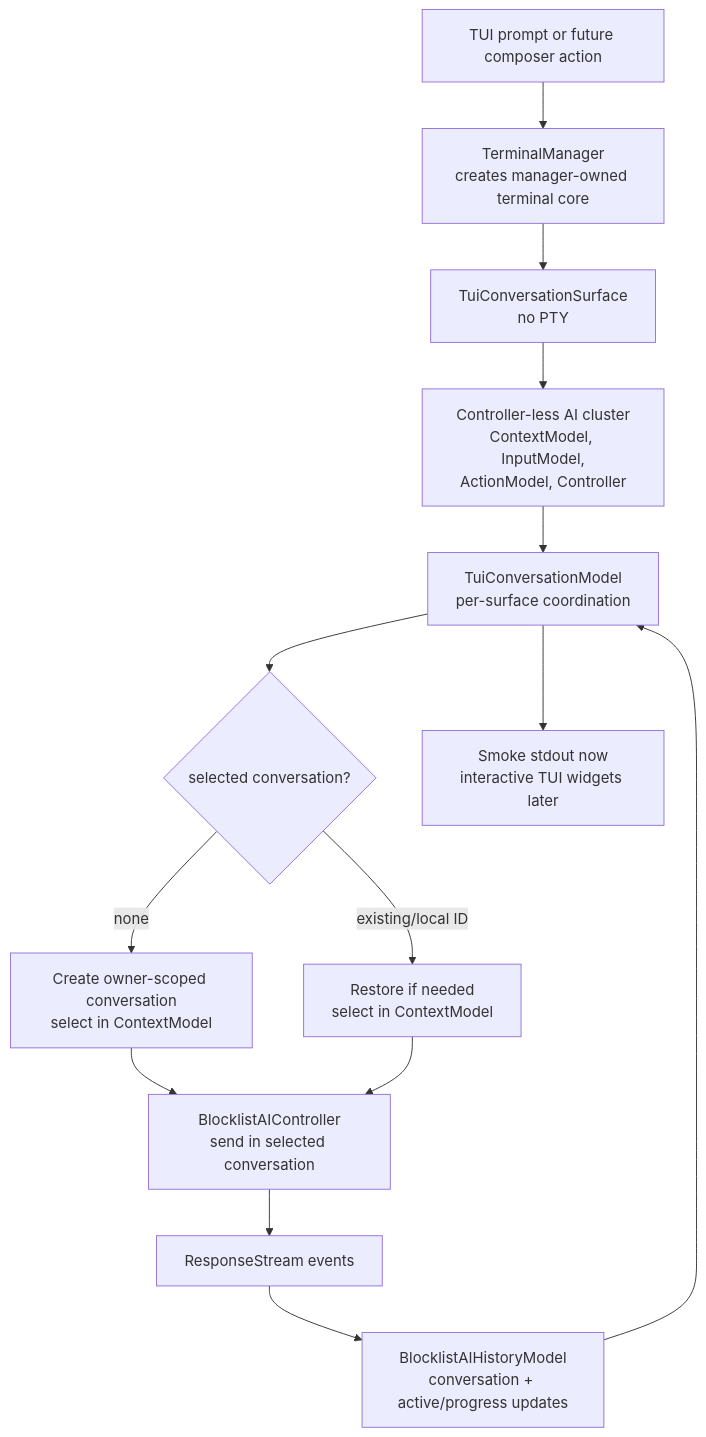
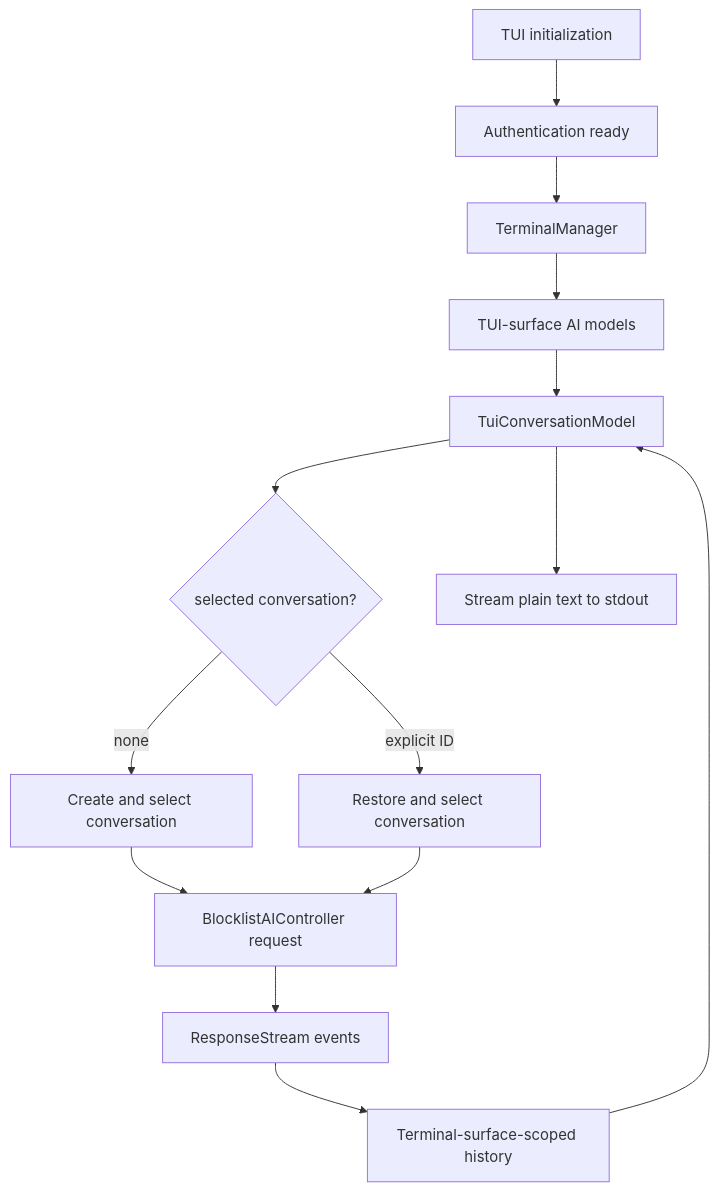
Before and after one commit to Jason-Shen2/warp: the diagram in specs/conversation-streaming-for-tui/TECH.md, drawn with Mermaid. The commit also changed other lines of this file and 53 other files, not shown here.

````diff
--- a/specs/conversation-streaming-for-tui/TECH.md
+++ b/specs/conversation-streaming-for-tui/TECH.md
@@ -50,16 +36,16 @@
 ```mermaid
 flowchart TD
-  Prompt["TUI prompt or future composer action"] --> Manager["TerminalManager<TuiConversationSurface><br/>creates manager-owned terminal core"]
-  Manager --> Surface["TuiConversationSurface<br/>no PTY"]
-  Surface --> Cluster["Controller-less AI cluster<br/>ContextModel, InputModel,<br/>ActionModel, Controller"]
-  Cluster --> Model["TuiConversationModel<br/>per-surface coordination"]
+  Init["TUI initialization"] --> Auth["Authentication ready"]
+  Auth --> Manager["TerminalManager<PromptStreamSurface>"]
+  Manager --> Cluster["TUI-surface AI models"]
+  Cluster --> Model["TuiConversationModel"]
   Model --> Select{"selected conversation?"}
-  Select -->|none| New["Create owner-scoped conversation<br/>select in ContextModel"]
-  Select -->|existing/local ID| Restore["Restore if needed<br/>select in ContextModel"]
-  New --> Send["BlocklistAIController<br/>send in selected conversation"]
+  Select -->|none| New["Create and select conversation"]
+  Select -->|explicit ID| Restore["Restore and select conversation"]
+  New --> Send["BlocklistAIController request"]
   Restore --> Send
   Send --> Stream["ResponseStream events"]
-  Stream --> History["BlocklistAIHistoryModel<br/>conversation + active/progress updates"]
+  Stream --> History["Terminal-surface-scoped history"]
   History --> Model
-  Model --> Presentation["Smoke stdout now<br/>interactive TUI widgets later"]
+  Model --> Output["Stream plain text to stdout"]
 ```
````
